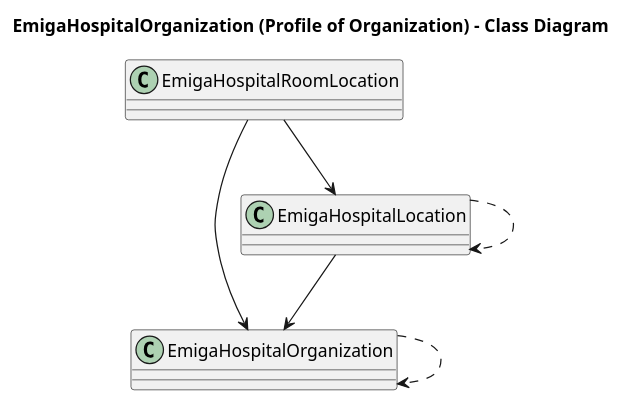
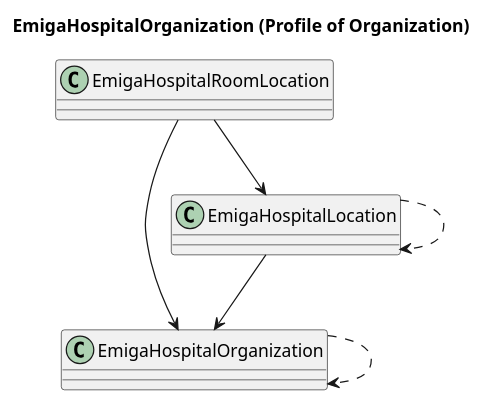
The diagram in rki.emiga.vzd/guides/implementationguides.vzd/PlantUML/HospitalOrg.puml (robert-koch-institut/rki.emiga.vzd), drawn with PlantUML before and after one commit. The commit also changed 10 other files, not shown here.

Commit message:
feat: remove class diagramm titles from umls

```diff
--- a/rki.emiga.vzd/guides/implementationguides.vzd/PlantUML/HospitalOrg.puml
+++ b/rki.emiga.vzd/guides/implementationguides.vzd/PlantUML/HospitalOrg.puml
@@ -1,17 +1,17 @@
 @startuml
-title EmigaHospitalOrganization (Profile of Organization) - Class Diagram
+title EmigaHospitalOrganization (Profile of Organization)
 
 class EmigaHospitalOrganization{
 }
 class EmigaHospitalLocation{
 }
 class EmigaHospitalRoomLocation{
 }
 
 EmigaHospitalOrganization ..> EmigaHospitalOrganization
 EmigaHospitalLocation --> EmigaHospitalOrganization
 EmigaHospitalLocation ..> EmigaHospitalLocation
 EmigaHospitalRoomLocation --> EmigaHospitalOrganization
 EmigaHospitalRoomLocation --> EmigaHospitalLocation
 
 @enduml
```
